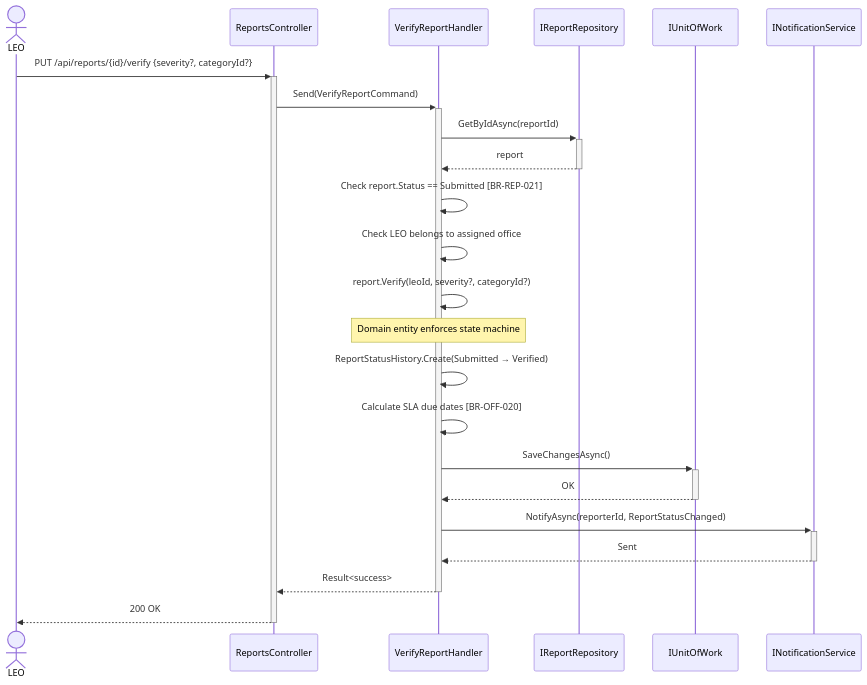
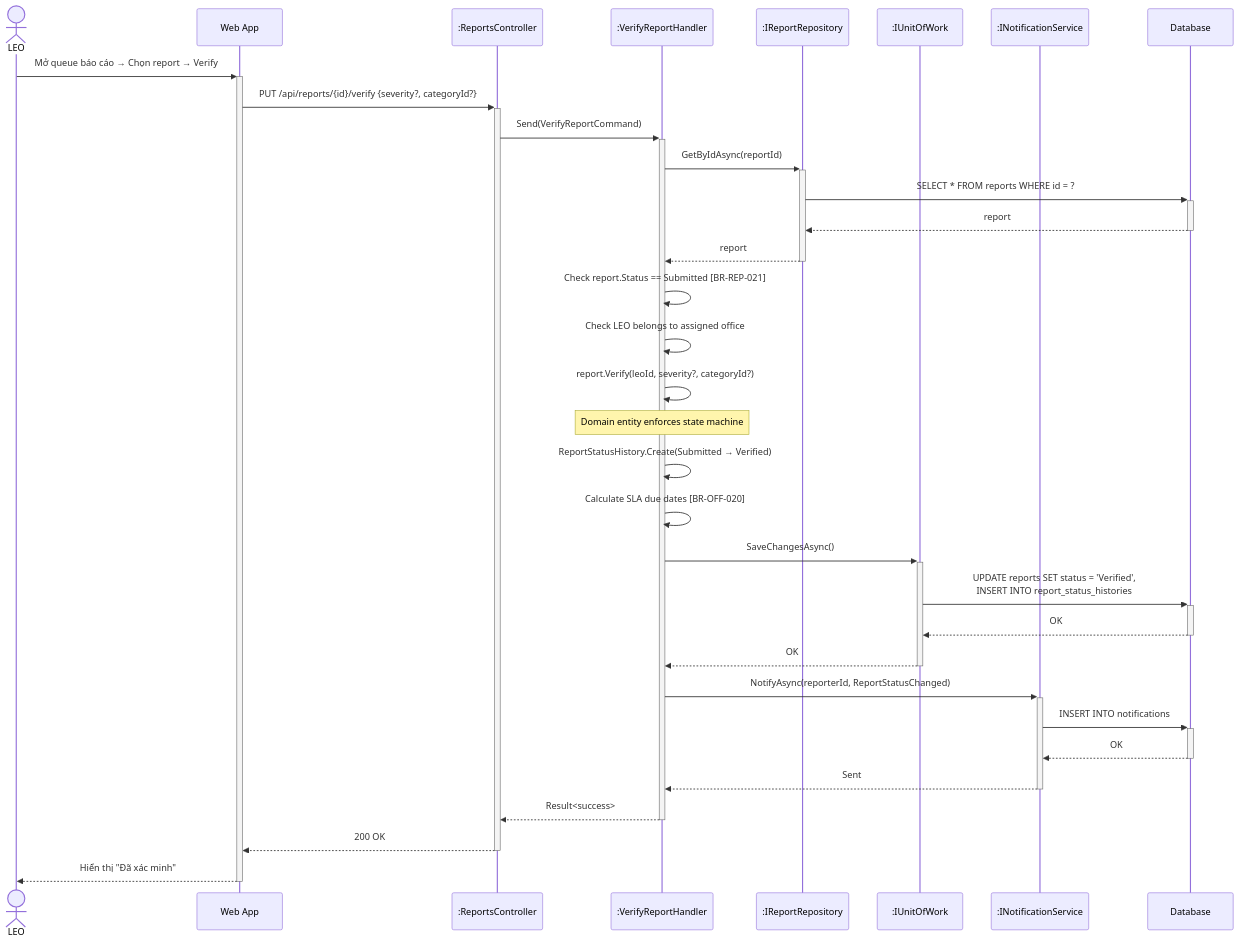
Before and after one commit to Capstonne-Project/greenlens-service: the fifth of 25 diagrams in docs/BusinessRule/SEQUENCE_DIAGRAMS.md, drawn with Mermaid. The commit also changed other lines of this file, not shown here.

Commit message:
fix(docs): enhance format sequence diagram

````diff
--- a/docs/BusinessRule/SEQUENCE_DIAGRAMS.md
+++ b/docs/BusinessRule/SEQUENCE_DIAGRAMS.md
@@ -256,32 +313,42 @@
 ```mermaid
 sequenceDiagram
     actor LEO
-    participant API as ReportsController
-    participant Handler as VerifyReportHandler
-    participant ReportRepo as IReportRepository
-    participant DB as IUnitOfWork
-    participant Notif as INotificationService
+    participant App as Web App
+    participant Ctrl as :ReportsController
+    participant Hdl as :VerifyReportHandler
+    participant Repo as :IReportRepository
+    participant UoW as :IUnitOfWork
+    participant Notif as :INotificationService
+    participant DB as Database
 
-    LEO->>+API: PUT /api/reports/{id}/verify {severity?, categoryId?}
-    API->>+Handler: Send(VerifyReportCommand)
+    LEO->>+App: Mở queue báo cáo → Chọn report → Verify
+    App->>+Ctrl: PUT /api/reports/{id}/verify {severity?, categoryId?}
+    Ctrl->>+Hdl: Send(VerifyReportCommand)
 
-    Handler->>+ReportRepo: GetByIdAsync(reportId)
-    ReportRepo-->>-Handler: report
+    Hdl->>+Repo: GetByIdAsync(reportId)
+    Repo->>+DB: SELECT * FROM reports WHERE id = ?
+    DB-->>-Repo: report
+    Repo-->>-Hdl: report
 
-    Handler->>Handler: Check report.Status == Submitted [BR-REP-021]
-    Handler->>Handler: Check LEO belongs to assigned office
+    Hdl->>Hdl: Check report.Status == Submitted [BR-REP-021]
+    Hdl->>Hdl: Check LEO belongs to assigned office
 
-    Handler->>Handler: report.Verify(leoId, severity?, categoryId?)
-    Note over Handler: Domain entity enforces state machine
-    Handler->>Handler: ReportStatusHistory.Create(Submitted → Verified)
-    Handler->>Handler: Calculate SLA due dates [BR-OFF-020]
+    Hdl->>Hdl: report.Verify(leoId, severity?, categoryId?)
+    Note over Hdl: Domain entity enforces state machine
+    Hdl->>Hdl: ReportStatusHistory.Create(Submitted → Verified)
+    Hdl->>Hdl: Calculate SLA due dates [BR-OFF-020]
 
-    Handler->>+DB: SaveChangesAsync()
-    DB-->>-Handler: OK
+    Hdl->>+UoW: SaveChangesAsync()
+    UoW->>+DB: UPDATE reports SET status = 'Verified',<br/>INSERT INTO report_status_histories
+    DB-->>-UoW: OK
+    UoW-->>-Hdl: OK
 
-    Handler->>+Notif: NotifyAsync(reporterId, ReportStatusChanged)
-    Notif-->>-Handler: Sent
+    Hdl->>+Notif: NotifyAsync(reporterId, ReportStatusChanged)
+    Notif->>+DB: INSERT INTO notifications
+    DB-->>-Notif: OK
+    Notif-->>-Hdl: Sent
 
-    Handler-->>-API: Result<success>
-    API-->>-LEO: 200 OK
+    Hdl-->>-Ctrl: Result<success>
+    Ctrl-->>-App: 200 OK
+    App-->>-LEO: Hiển thị "Đã xác minh"
 ```
````
